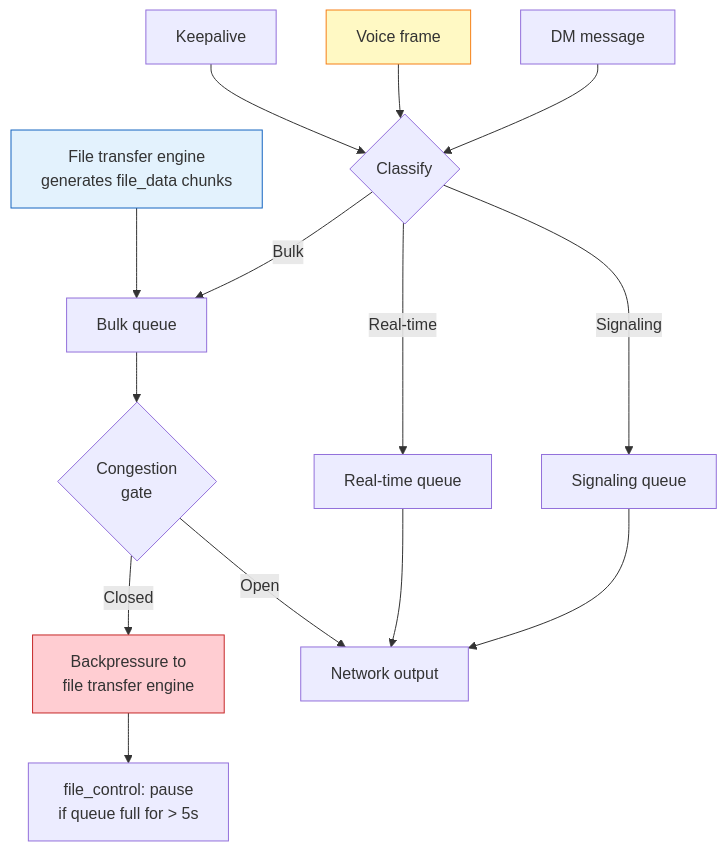
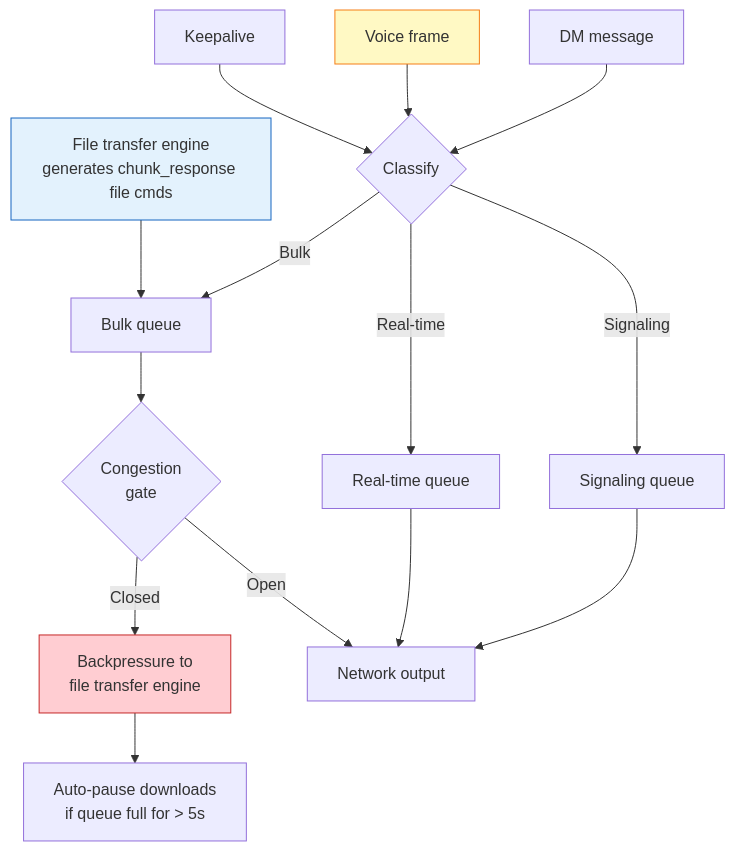
Diagram 28 of 29 in docs/roadmap.md (piratecash/corsa), drawn with Mermaid before and after one commit. The commit also changed other lines of this file and 98 other files, not shown here.

````diff
--- a/docs/roadmap.md
+++ b/docs/roadmap.md
@@ -4749,23 +4079,23 @@
 ```mermaid
 flowchart TD
-    FT[File transfer engine<br/>generates file_data chunks] --> BQ[Bulk queue]
+    FT[File transfer engine<br/>generates chunk_response file cmds] --> BQ[Bulk queue]
     DM[DM message] --> CLS{Classify}
     VC[Voice frame] --> CLS
     KA[Keepalive] --> CLS
 
     CLS -- Signaling --> SQ[Signaling queue]
     CLS -- Real-time --> RTQ[Real-time queue]
     CLS -- Bulk --> BQ
 
     SQ --> OUT[Network output]
     RTQ --> OUT
     BQ --> CG{Congestion<br/>gate}
     CG -- Open --> OUT
     CG -- Closed --> WAIT[Backpressure to<br/>file transfer engine]
 
-    WAIT --> PAUSE[file_control: pause<br/>if queue full for > 5s]
+    WAIT --> PAUSE[Auto-pause downloads<br/>if queue full for > 5s]
 
     style FT fill:#e3f2fd,stroke:#1565c0
     style VC fill:#fff9c4,stroke:#f57f17
     style WAIT fill:#ffcdd2,stroke:#c62828
 ```
````
